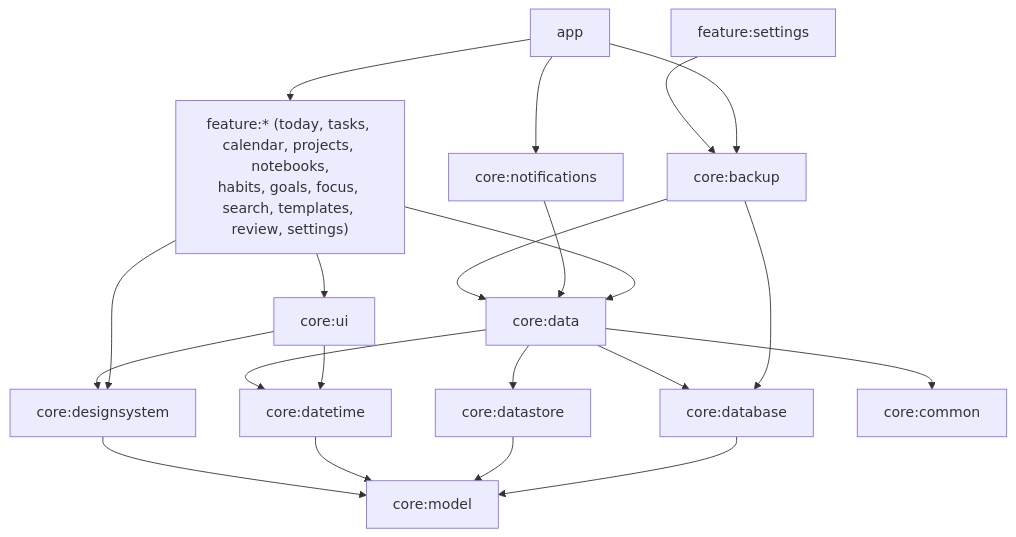
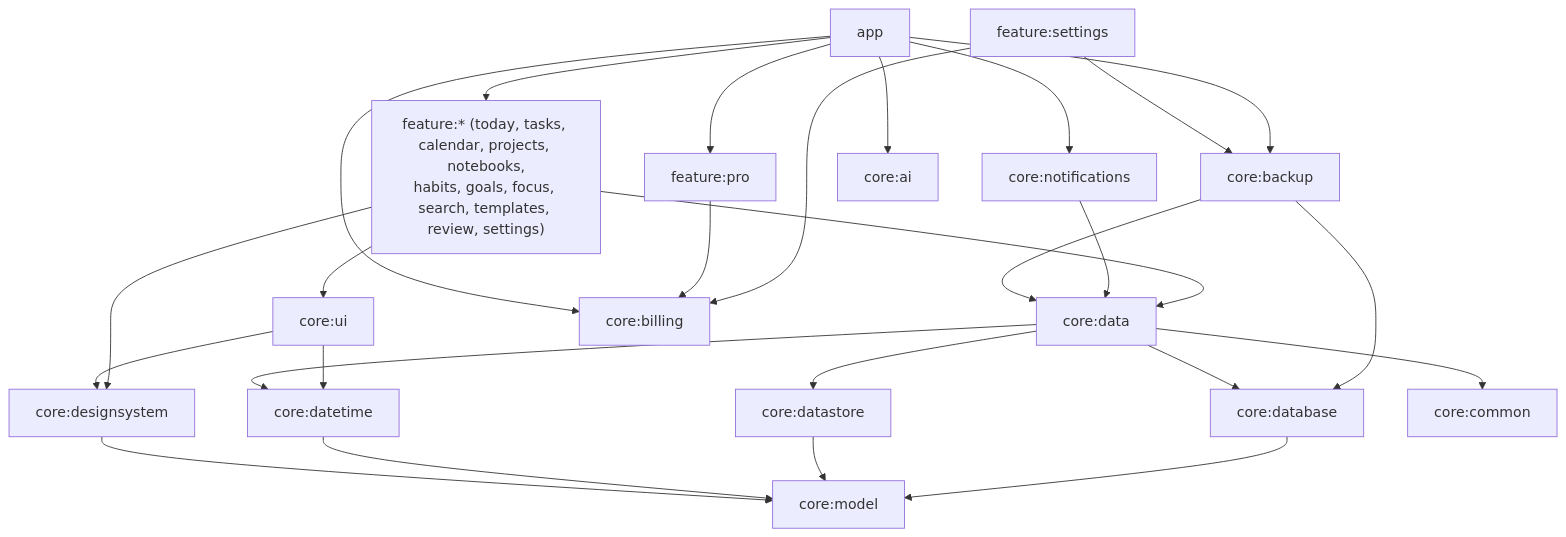
The diagram in ARCHITECTURE.md (BehnamJalaliCo/Plan-B), drawn with Mermaid before and after one commit. The commit also changed other lines of this file and 6 other files, not shown here.

````diff
--- a/ARCHITECTURE.md
+++ b/ARCHITECTURE.md
@@ -9,23 +11,28 @@
 ```mermaid
 graph TD
   app --> feature
   feature["feature:* (today, tasks, calendar, projects, notebooks,<br/>habits, goals, focus, search, templates, review, settings)"] --> ui[core:ui]
   feature --> data[core:data]
   feature --> designsystem[core:designsystem]
   app --> notifications[core:notifications]
   app --> backup[core:backup]
   settings[feature:settings] --> backup
+  settings --> billing[core:billing]
+  pro[feature:pro] --> billing
+  app --> pro
+  app --> billing
+  app --> ai[core:ai]
   ui --> designsystem
   ui --> datetime[core:datetime]
   notifications --> data
   backup --> data
   backup --> database
   data --> database[core:database]
   data --> datastore[core:datastore]
   data --> datetime
   database --> model[core:model]
   datastore --> model
   datetime --> model
   designsystem --> model
   data --> common[core:common]
 ```
````
